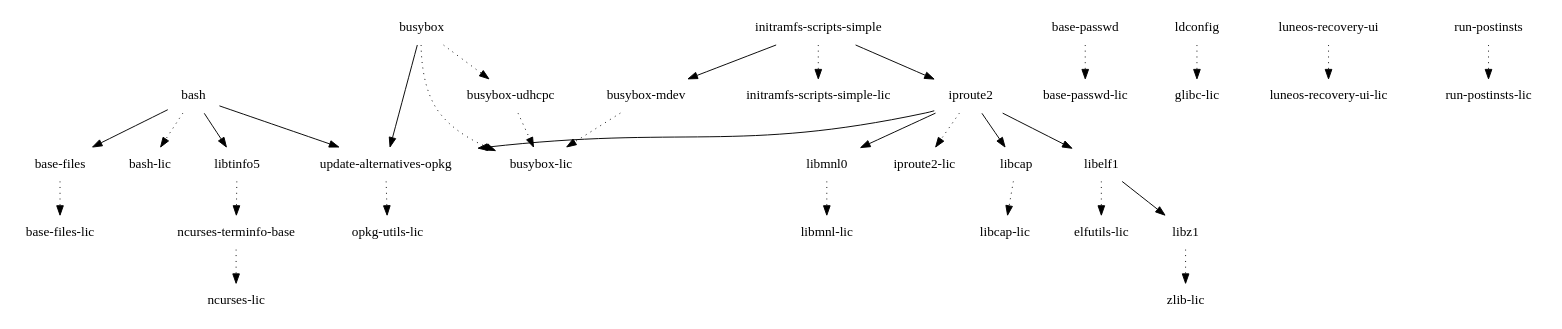
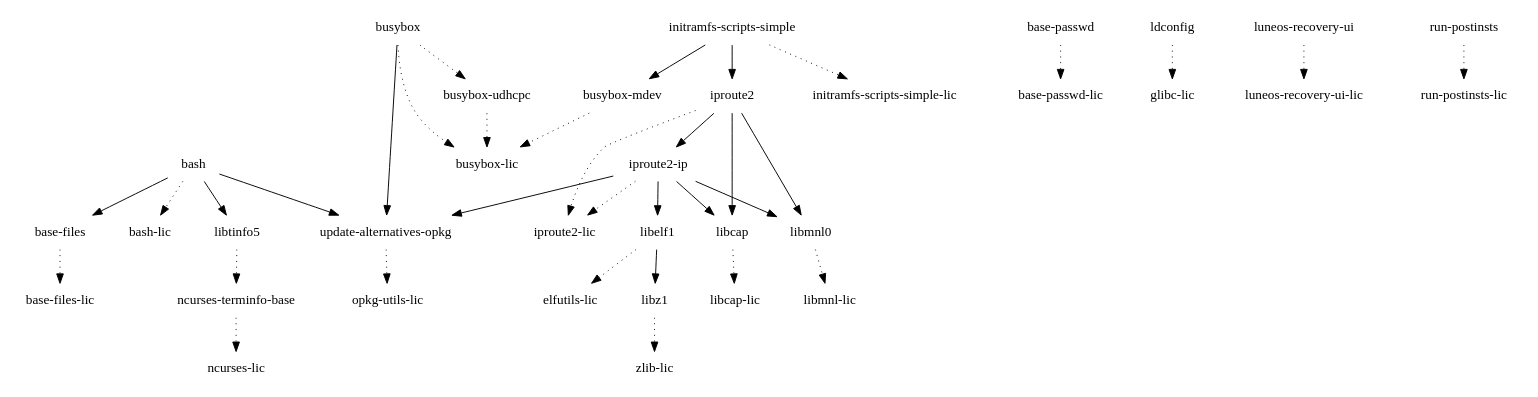
One commit to webOS-ports/buildhistory changed the diagram in images/pinephone/glibc/initramfs-uboot-image/depends-nokernel-nolibc.dot. Above: the diagram before and after it, drawn with Graphviz. The commit also changed 1985 other files, not shown here.

```diff
--- a/images/pinephone/glibc/initramfs-uboot-image/depends-nokernel-nolibc.dot
+++ b/images/pinephone/glibc/initramfs-uboot-image/depends-nokernel-nolibc.dot
@@ -1,33 +1,37 @@
 digraph depends {
     node [shape=plaintext]
 "base-files" -> "base-files-lic" [style=dotted]
 "base-passwd" -> "base-passwd-lic" [style=dotted]
 "bash" -> "base-files"
 "bash" -> "bash-lic" [style=dotted]
 "bash" -> "libtinfo5"
 "bash" -> "update-alternatives-opkg"
 "busybox" -> "busybox-lic" [style=dotted]
 "busybox" -> "busybox-udhcpc" [style=dotted]
 "busybox-mdev" -> "busybox-lic" [style=dotted]
 "busybox-udhcpc" -> "busybox-lic" [style=dotted]
 "busybox" -> "update-alternatives-opkg"
 "initramfs-scripts-simple" -> "busybox-mdev"
 "initramfs-scripts-simple" -> "initramfs-scripts-simple-lic" [style=dotted]
 "initramfs-scripts-simple" -> "iproute2"
+"iproute2-ip" -> "iproute2-lic" [style=dotted]
+"iproute2-ip" -> "libcap"
+"iproute2-ip" -> "libelf1"
+"iproute2-ip" -> "libmnl0"
+"iproute2" -> "iproute2-ip"
 "iproute2" -> "iproute2-lic" [style=dotted]
+"iproute2-ip" -> "update-alternatives-opkg"
 "iproute2" -> "libcap"
-"iproute2" -> "libelf1"
 "iproute2" -> "libmnl0"
-"iproute2" -> "update-alternatives-opkg"
 "ldconfig" -> "glibc-lic" [style=dotted]
 "libcap" -> "libcap-lic" [style=dotted]
 "libelf1" -> "elfutils-lic" [style=dotted]
 "libelf1" -> "libz1"
 "libmnl0" -> "libmnl-lic" [style=dotted]
 "libtinfo5" -> "ncurses-terminfo-base" [style=dotted]
 "libz1" -> "zlib-lic" [style=dotted]
 "luneos-recovery-ui" -> "luneos-recovery-ui-lic" [style=dotted]
 "ncurses-terminfo-base" -> "ncurses-lic" [style=dotted]
 "run-postinsts" -> "run-postinsts-lic" [style=dotted]
 "update-alternatives-opkg" -> "opkg-utils-lic" [style=dotted]
 }
```
